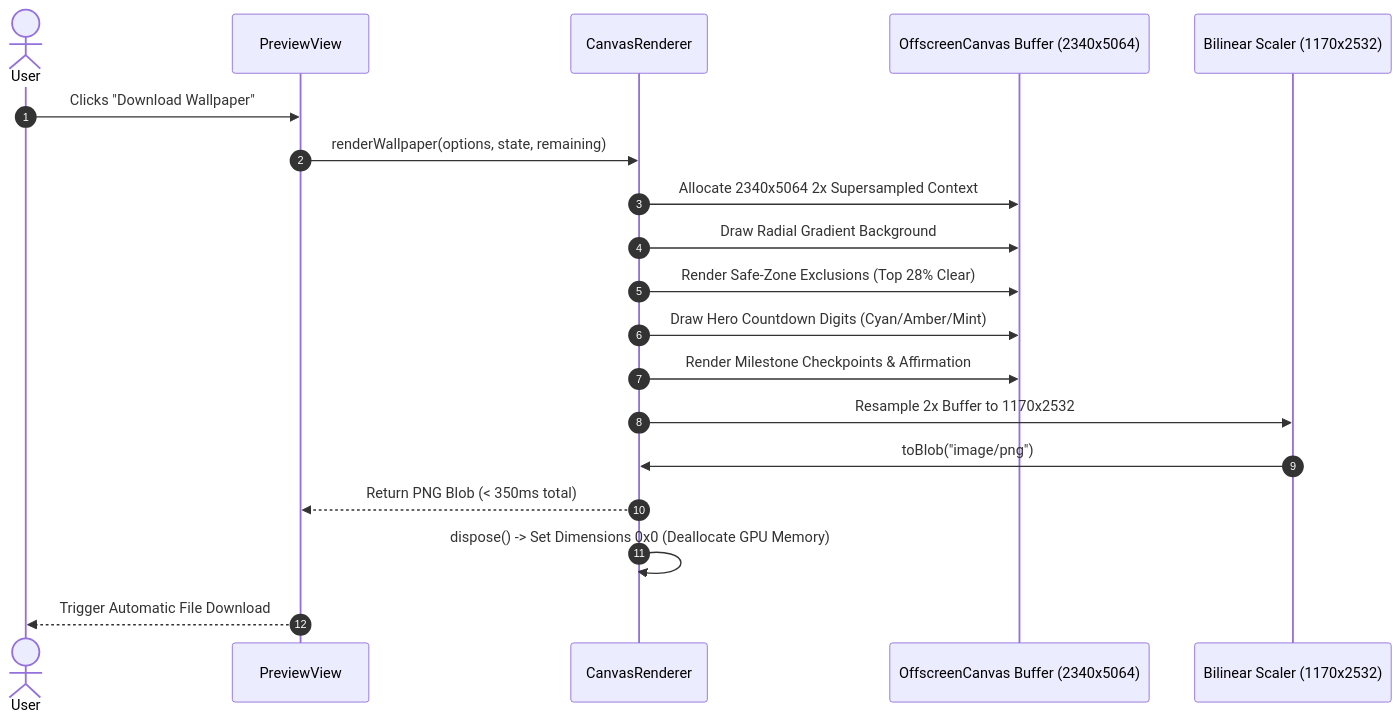
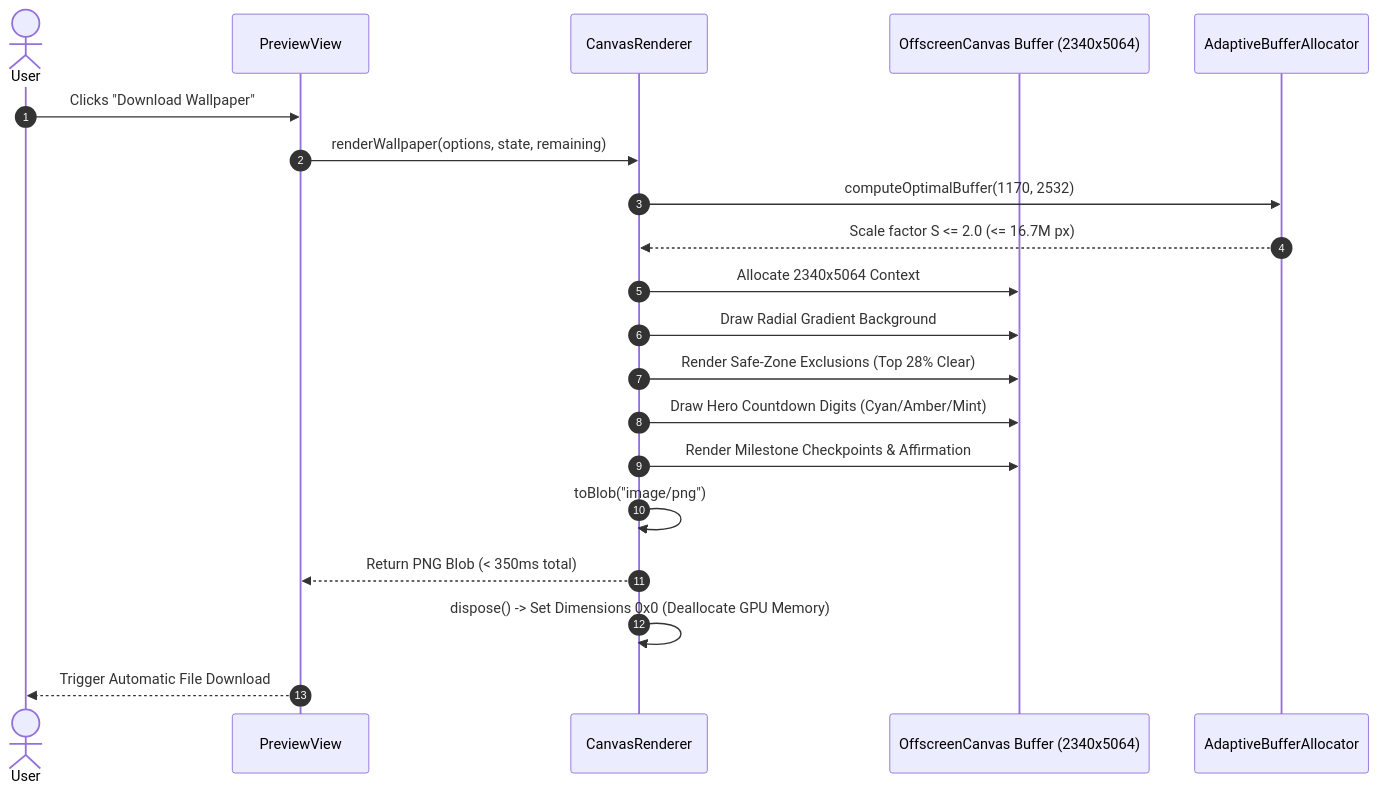
Before and after one commit to piyushmakhija28/countdown-lockscreen-challenge: the fourth of 10 diagrams in docs/lld/02-dynamic-interaction-sequences.md, drawn with Mermaid. The commit also changed other lines of this file and 33 other files, not shown here.

Commit message:
docs(audit): remediate all forensic architectural, mathematical, and code blueprint defects to Level 2.2 standard

````diff
--- a/docs/lld/02-dynamic-interaction-sequences.md
+++ b/docs/lld/02-dynamic-interaction-sequences.md
@@ -98,22 +98,23 @@
 ```mermaid
 sequenceDiagram
     autonumber
     actor User as User
     participant View as PreviewView
     participant Canvas as CanvasRenderer
     participant GPU as OffscreenCanvas Buffer (2340x5064)
-    participant Downsampler as Bilinear Scaler (1170x2532)
+    participant Alloc as AdaptiveBufferAllocator
 
     User->>View: Clicks "Download Wallpaper"
     View->>Canvas: renderWallpaper(options, state, remaining)
-    Canvas->>GPU: Allocate 2340x5064 2x Supersampled Context
+    Canvas->>Alloc: computeOptimalBuffer(1170, 2532)
+    Alloc-->>Canvas: Scale factor S <= 2.0 (<= 16.7M px)
+    Canvas->>GPU: Allocate 2340x5064 Context
     Canvas->>GPU: Draw Radial Gradient Background
     Canvas->>GPU: Render Safe-Zone Exclusions (Top 28% Clear)
     Canvas->>GPU: Draw Hero Countdown Digits (Cyan/Amber/Mint)
     Canvas->>GPU: Render Milestone Checkpoints & Affirmation
-    Canvas->>Downsampler: Resample 2x Buffer to 1170x2532
-    Downsampler->>Canvas: toBlob("image/png")
+    Canvas->>Canvas: toBlob("image/png")
     Canvas-->>View: Return PNG Blob (< 350ms total)
     Canvas->>Canvas: dispose() -> Set Dimensions 0x0 (Deallocate GPU Memory)
     View-->>User: Trigger Automatic File Download
 ```
````
